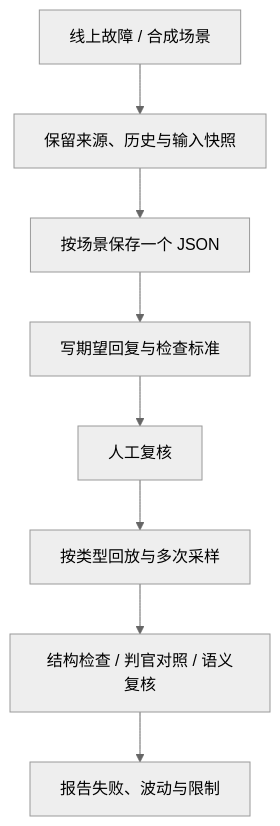
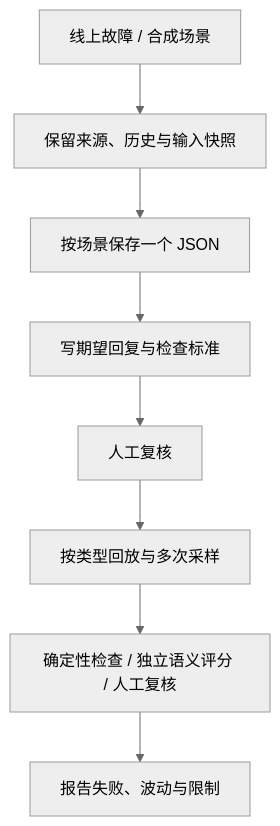
The diagram in docs/technical/eval-offline.md (johanchow/duxue), drawn with Mermaid (neutral theme) before and after one commit. The commit also changed other lines of this file and 86 other files, not shown here.

````diff
--- a/docs/technical/eval-offline.md
+++ b/docs/technical/eval-offline.md
@@ -23,10 +25,10 @@
 ```mermaid
 flowchart TD
     A[线上故障 / 合成场景] --> B[保留来源、历史与输入快照]
     B --> C[按场景保存一个 JSON]
     C --> D[写期望回复与检查标准]
     D --> E[人工复核]
     E --> F[按类型回放与多次采样]
-    F --> G[结构检查 / 判官对照 / 语义复核]
+    F --> G[确定性检查 / 独立语义评分 / 人工复核]
     G --> H[报告失败、波动与限制]
 ```
````
